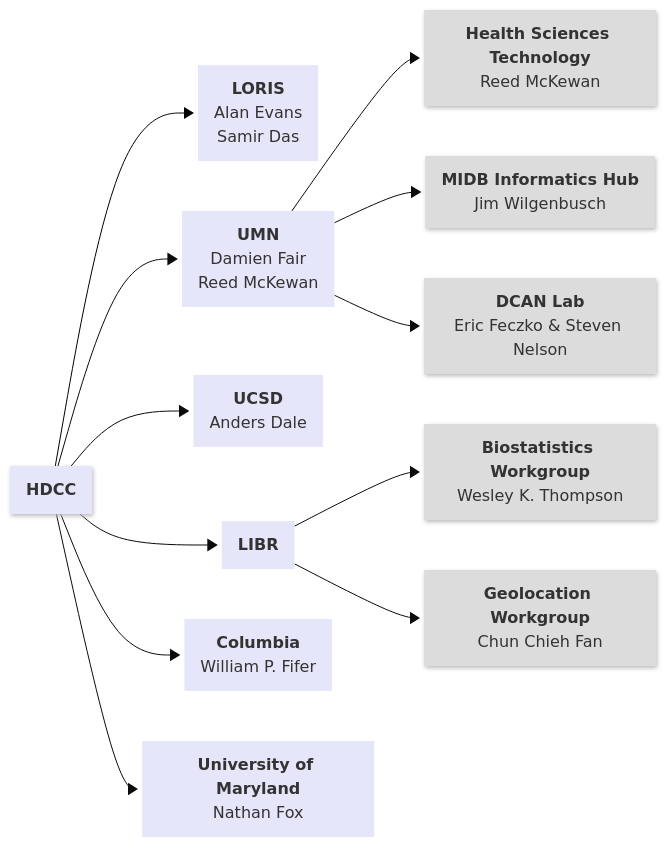
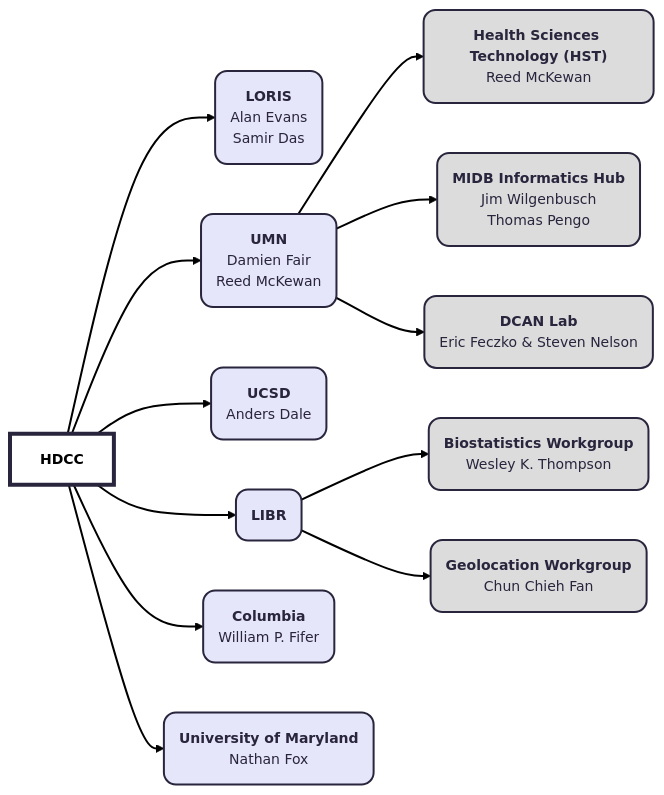
One commit to DCAN-Labs/hbcd-docs-internal changed the first of 2 diagrams in docs/orgcharts.md. Above: the diagram before and after it, drawn with Mermaid. The commit also changed 1 other file, not shown here.

Commit message:
revert to old styling so css works

````diff
--- a/docs/orgcharts.md
+++ b/docs/orgcharts.md
@@ -7,38 +7,41 @@
 ```mermaid
 ---
 config:
-  theme: base
+  theme: redux
   layout: dagre
-  look: neo
 ---
 flowchart LR
     A["<strong>HDCC</strong>"] --> E["<b>LORIS</b><br>Alan Evans<br>Samir Das"] & F["<b>UMN</b><br>Damien Fair<br>Reed McKewan"] & G["<b>UCSD</b><br>Anders Dale"] & H["<b>LIBR</b><br>"] & n1["<b>Columbia</b><br>William P. Fifer"] & n16["<b>University of Maryland</b><br>Nathan Fox"]
-    F --> n6["<b>Health Sciences Technology</b><br>Reed McKewan"] & n7["<b>MIDB Informatics Hub</b><br>Jim Wilgenbusch"] & n8["<b>DCAN Lab</b><br>Eric Feczko &amp; Steven Nelson"]
+    F --> n6["<b>Health Sciences Technology (HST)</b><br>Reed McKewan"] & n7["<b>MIDB Informatics Hub</b><br>Jim Wilgenbusch<br>Thomas Pengo"] & n8["<b>DCAN Lab</b><br>Eric Feczko &amp; Steven Nelson"]
     H --> n14["<b>Biostatistics Workgroup</b><br>Wesley K. Thompson"] & n15["<b>Geolocation Workgroup</b><br>Chun Chieh Fan"]
-     A:::team
-     E:::team
-     F:::team
-     G:::team
-     H:::team
-     n1:::team
-     n16:::team
-     n6:::project
-     n7:::project
-     n8:::project
-     n14:::project
-     n15:::project
-    classDef organization fill:#d3d3d3,stroke:#333,stroke-width:2px
-    classDef team fill:#e6e6fa,stroke:none
-    classDef project fill:#dcdcdc,stroke:none
-    classDef linkLine stroke-width:2px
-    style n6 stroke:none
-    style n7 stroke:none
-    style n8 stroke:none
-    linkStyle 0 stroke:#000000,fill:none
+    A@{ shape: rect}
+    E@{ shape: rounded}
+    F@{ shape: rounded}
+    G@{ shape: rounded}
+    H@{ shape: rounded}
+    n1@{ shape: rounded}
+    n16@{ shape: rounded}
+    n6@{ shape: rounded}
+    n7@{ shape: rounded}
+    n8@{ shape: rounded}
+    n14@{ shape: rounded}
+    n15@{ shape: rounded}
+    style A fill:transparent,color:#000000,stroke-width:4px,stroke-dasharray: 0
+    style E fill:#e6e6fa
+    style F fill:#e6e6fa
+    style G fill:#e6e6fa
+    style H fill:#e6e6fa
+    style n1 fill:#e6e6fa
+    style n16 fill:#e6e6fa
+    style n6 fill:#dcdcdc
+    style n7 fill:#dcdcdc
+    style n8 fill:#dcdcdc
+    style n14 fill:#dcdcdc
+    style n15 fill:#dcdcdc
     click E "#loris"
     click F "#university-of-minnesota-umn"
     click G "#ucsd"
     click H "#libr"
     click n1 "#columbia"
     click n16 "#university-of-maryland"
 ```
````
